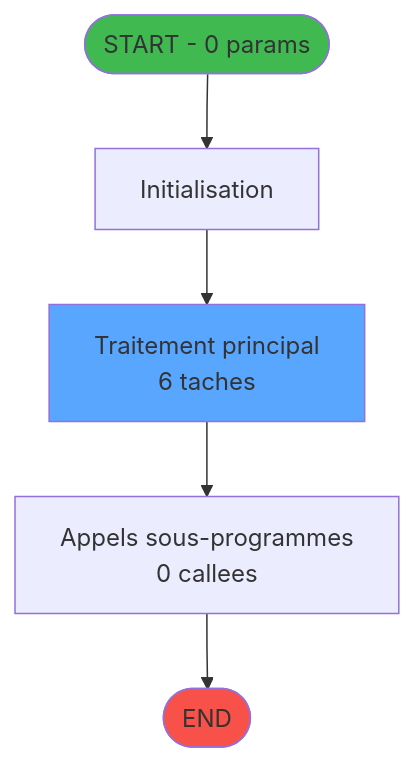
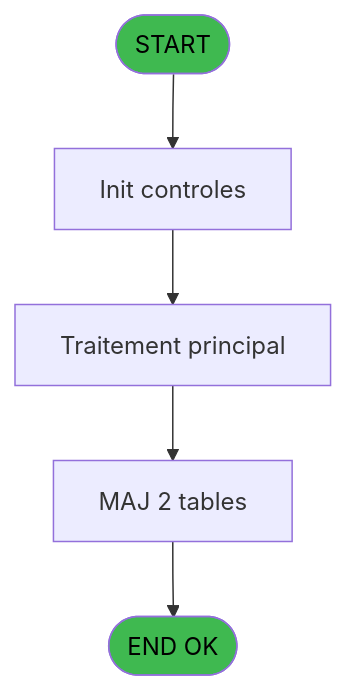
Before and after one commit to thonyAGP/magic-migration: the first of 3 diagrams in .openspec/specs/ADH-IDE-57.md, drawn with Mermaid. The commit also changed other lines of this file and 493 other files, not shown here.

````diff
--- a/.openspec/specs/ADH-IDE-57.md
+++ b/.openspec/specs/ADH-IDE-57.md
@@ -91,14 +59,14 @@
 ```mermaid
 flowchart TD
-    START([START - 0 params])
-    INIT["Initialisation"]
-    PROCESS["Traitement principal<br/>6 taches"]
-    CALLS["Appels sous-programmes<br/>0 callees"]
-    ENDOK([END])
+    START([START])
+    INIT[Init controles]
+    SAISIE[Traitement principal]
+    UPDATE[MAJ 2 tables]
+    ENDOK([END OK])
 
-    START --> INIT --> PROCESS --> CALLS --> ENDOK
+    START --> INIT --> SAISIE
+    SAISIE --> UPDATE --> ENDOK
 
-    style START fill:#3fb950
-    style ENDOK fill:#f85149
-    style PROCESS fill:#58a6ff
+    style START fill:#3fb950,color:#000
+    style ENDOK fill:#3fb950,color:#000
 ```
````
